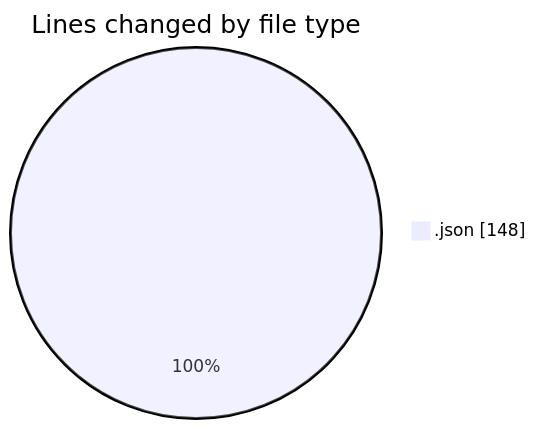
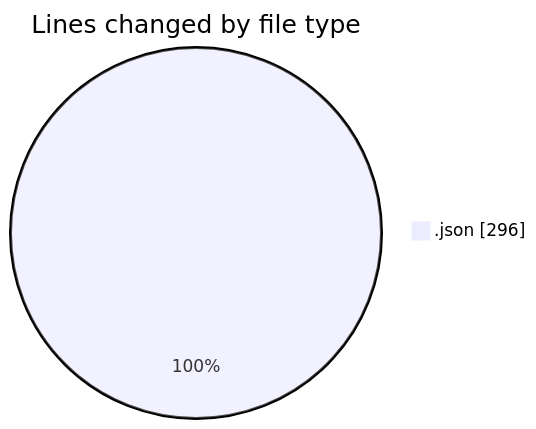
The first of 2 diagrams in 2026-10-17/mono-test/README.md (yexinjia/code-tracking), drawn with Mermaid before and after one commit. The commit also changed other lines of this file and 1 other file, not shown here.

````diff
--- a/2026-10-17/mono-test/README.md
+++ b/2026-10-17/mono-test/README.md
@@ -20,5 +20,5 @@
 ```mermaid
 pie showData
 title Lines changed by file type
-".json" : 148
+".json" : 296
 ```
````
